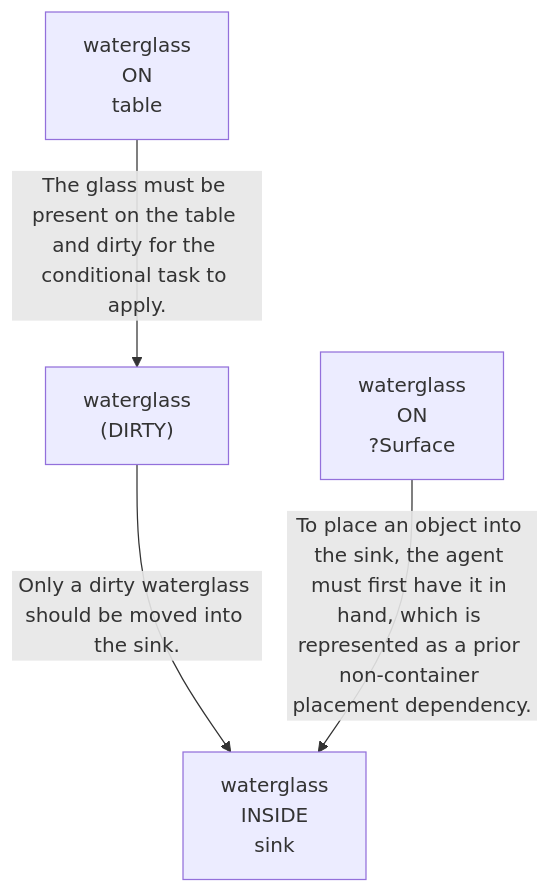
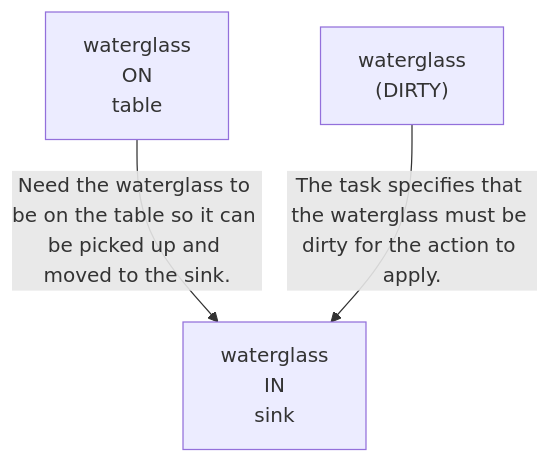
Before and after one commit to scuama/virtualhome: the first of 4 diagrams in evaluation/results/table3/robostate/runs/without_memory/M3_14/run_T3_without_memory_M3_14.md, drawn with Mermaid. The commit also changed other lines of this file and 507 other files, not shown here.

````diff
--- a/evaluation/results/table3/robostate/runs/without_memory/M3_14/run_T3_without_memory_M3_14.md
+++ b/evaluation/results/table3/robostate/runs/without_memory/M3_14/run_T3_without_memory_M3_14.md
@@ -72,10 +72,8 @@
 ```mermaid
 graph TD
     N1["waterglass<br>ON<br>table"]
-    N2["waterglass<br>(DIRTY)"]
-    N3["waterglass<br>ON<br>?Surface"]
-    N4["waterglass<br>INSIDE<br>sink"]
-    N1 -->|"The glass must be present on the table and dirty for the conditional task to apply."| N2
-    N2 -->|"Only a dirty waterglass should be moved into the sink."| N4
-    N3 -->|"To place an object into the sink, the agent must first have it in hand, which is represented as a prior non-container placement dependency."| N4
+    N2["waterglass<br>IN<br>sink"]
+    N3["waterglass<br>(DIRTY)"]
+    N1 -->|"Need the waterglass to be on the table so it can be picked up and moved to the sink."| N2
+    N3 -->|"The task specifies that the waterglass must be dirty for the action to apply."| N2
 ```
````
